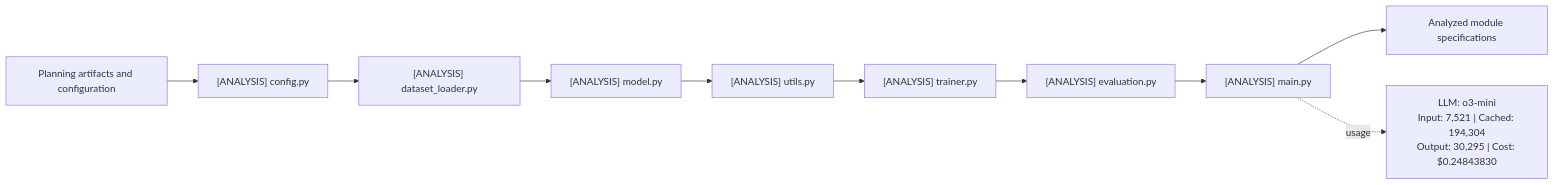
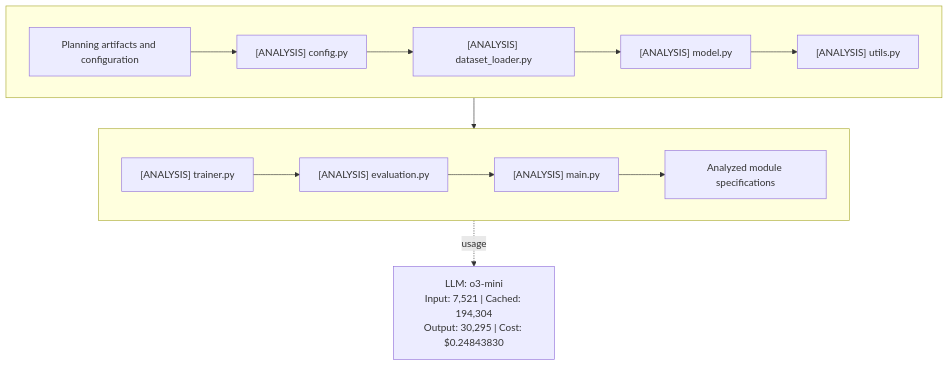
Before and after one commit to jimthompson5802/paper2code-ple: the third of 5 diagrams in README.md, drawn with Mermaid. The commit also changed other lines of this file, not shown here.

Commit message:
Refactor flowcharts in README.md for improved clarity and organization

````diff
--- a/README.md
+++ b/README.md
@@ -92,6 +98,14 @@
 ```mermaid
-flowchart LR
-  input[Planning artifacts and configuration] --> cfg["[ANALYSIS] config.py"] --> loader["[ANALYSIS] dataset_loader.py"] --> model["[ANALYSIS] model.py"] --> utils["[ANALYSIS] utils.py"] --> trainer["[ANALYSIS] trainer.py"] --> evaluation["[ANALYSIS] evaluation.py"] --> main["[ANALYSIS] main.py"] --> output[Analyzed module specifications]
+flowchart TB
+  subgraph analysis_top[" "]
+    direction LR
+    input[Planning artifacts and configuration] --> cfg["[ANALYSIS] config.py"] --> loader["[ANALYSIS] dataset_loader.py"] --> model["[ANALYSIS] model.py"] --> utils["[ANALYSIS] utils.py"]
+  end
+  subgraph analysis_bottom[" "]
+    direction LR
+    trainer["[ANALYSIS] trainer.py"] --> evaluation["[ANALYSIS] evaluation.py"] --> main["[ANALYSIS] main.py"] --> output[Analyzed module specifications]
+  end
+  utils --> trainer
   analysis_usage["LLM: o3-mini<br/>Input: 7,521 | Cached: 194,304<br/>Output: 30,295 | Cost: $0.24843830"]
   main -. usage .-> analysis_usage
 ```
````
